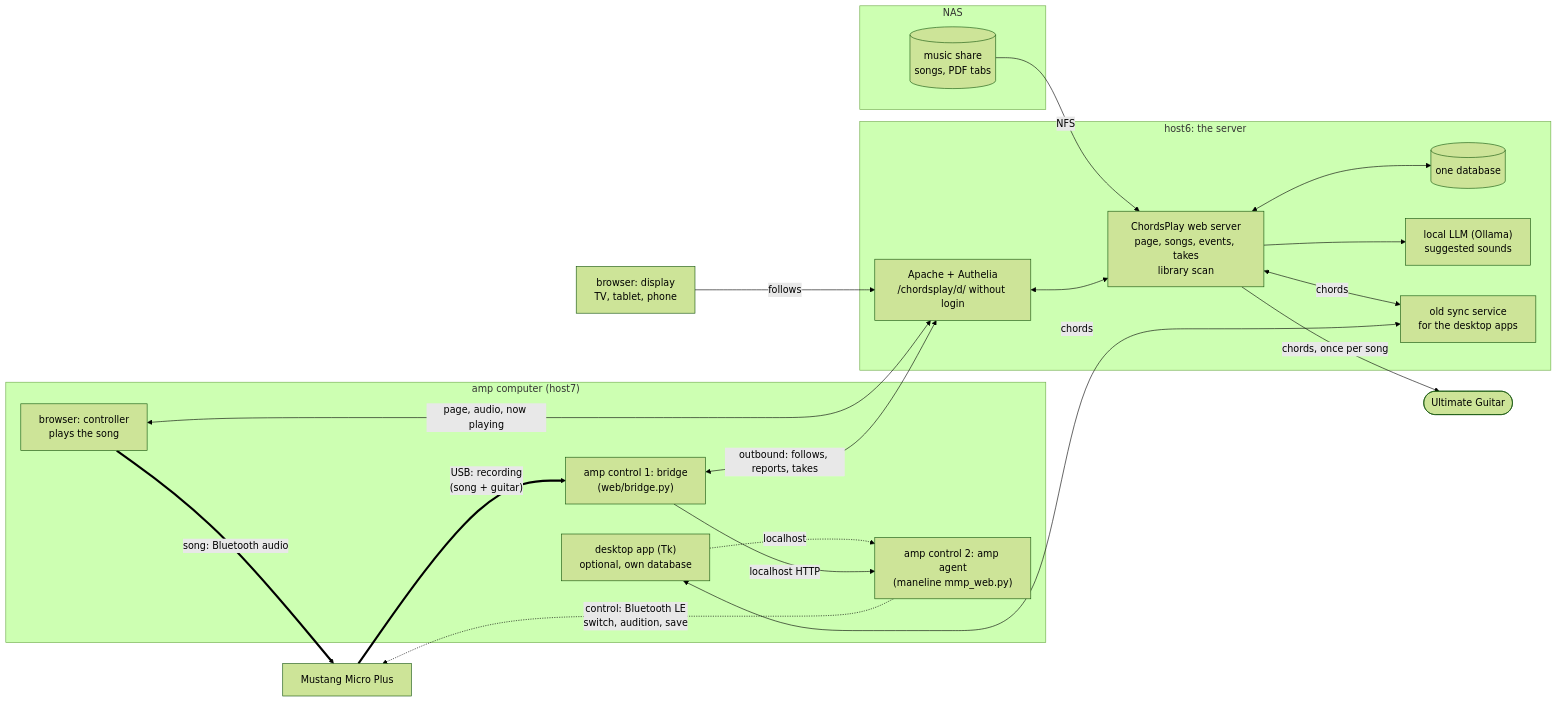
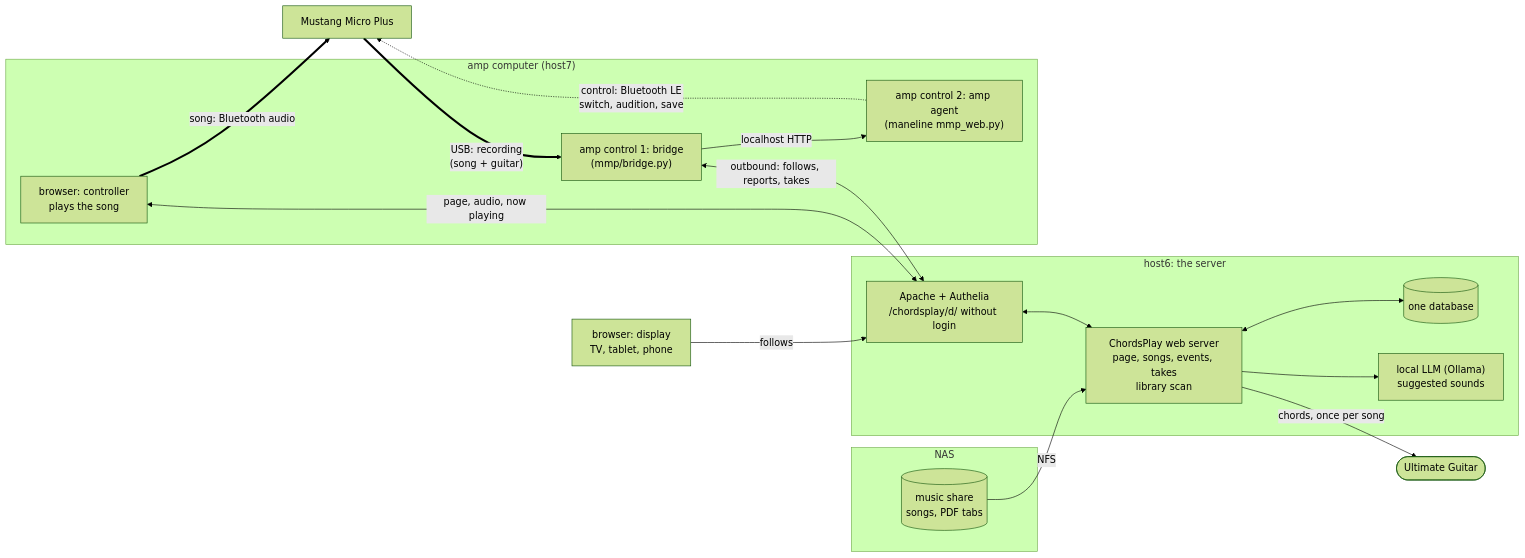
One commit to joba-1/ChordsPlay changed the first of 2 diagrams in docs/web.md. Above: the diagram before and after it, drawn with Mermaid (forest theme). The commit also changed other lines of this file and 56 other files, not shown here.

````diff
--- a/docs/web.md
+++ b/docs/web.md
@@ -193,37 +239,32 @@
 ```mermaid
 flowchart LR
   subgraph nas[NAS]
     share[("music share<br>songs, PDF tabs")]
   end
   ug(["Ultimate Guitar"])
   subgraph host6["host6: the server"]
     apache["Apache + Authelia<br>/chordsplay/d/ without login"]
     web["ChordsPlay web server<br>page, songs, events, takes<br>library scan"]
     db[("one database")]
     llm["local LLM (Ollama)<br>suggested sounds"]
-    sync["old sync service<br>for the desktop apps"]
   end
   subgraph host7["amp computer (host7)"]
     ctl["browser: controller<br>plays the song"]
-    bridge["amp control 1: bridge<br>(web/bridge.py)"]
+    bridge["amp control 1: bridge<br>(mmp/bridge.py)"]
     agent["amp control 2: amp agent<br>(maneline mmp_web.py)"]
-    tk["desktop app (Tk)<br>optional, own database"]
   end
   mmp["Mustang Micro Plus"]
   disp["browser: display<br>TV, tablet, phone"]
   share -- NFS --> web
   web <--> db
   web -- "chords, once per song" --> ug
   web --> llm
-  web <-- chords --> sync
-  tk <-- chords --> sync
-  tk -. localhost .-> agent
   apache <--> web
   ctl <-- "page, audio, now playing" --> apache
   disp -- follows --> apache
   bridge <-- "outbound: follows, reports, takes" --> apache
   bridge -- "localhost HTTP" --> agent
   ctl == "song: Bluetooth audio" ==> mmp
   agent -. "control: Bluetooth LE<br>switch, audition, save" .-> mmp
   mmp == "USB: recording<br>(song + guitar)" ==> bridge
 ```
````
